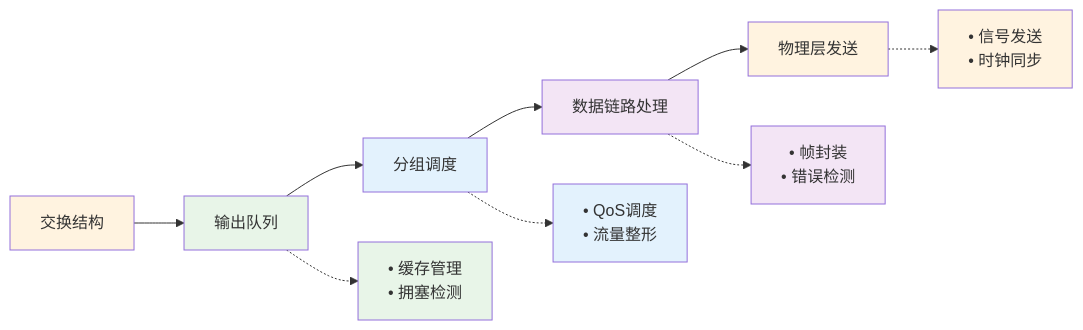
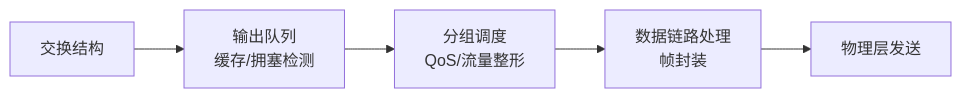
Before and after one commit to Dtheme/CS-base: the third of 5 diagrams in 计算机网络/4.2网络层：路由器体系结构.md, drawn with Mermaid. The commit also changed other lines of this file and 51 other files, not shown here.

````diff
--- a/计算机网络/4.2网络层：路由器体系结构.md
+++ b/计算机网络/4.2网络层：路由器体系结构.md
@@ -459,22 +252,7 @@
 ```mermaid
 graph LR
-    A["交换结构"] --> B["输出队列"]
-    B --> C["分组调度"]
-    C --> D["数据链路处理"]
+    A["交换结构"] --> B["输出队列<br/>缓存/拥塞检测"]
+    B --> C["分组调度<br/>QoS/流量整形"]
+    C --> D["数据链路处理<br/>帧封装"]
     D --> E["物理层发送"]
-    
-    B -.-> B1["• 缓存管理<br/>• 拥塞检测"]
-    C -.-> C1["• QoS调度<br/>• 流量整形"]
-    D -.-> D1["• 帧封装<br/>• 错误检测"]
-    E -.-> E1["• 信号发送<br/>• 时钟同步"]
-    
-    style A fill:#fff3e0,color:#333
-    style B fill:#e8f5e8,color:#333
-    style C fill:#e3f2fd,color:#333
-    style D fill:#f3e5f5,color:#333
-    style E fill:#fff3e0,color:#333
-    style B1 fill:#e8f5e8,color:#333
-    style C1 fill:#e3f2fd,color:#333
-    style D1 fill:#f3e5f5,color:#333
-    style E1 fill:#fff3e0,color:#333
 ```
````
